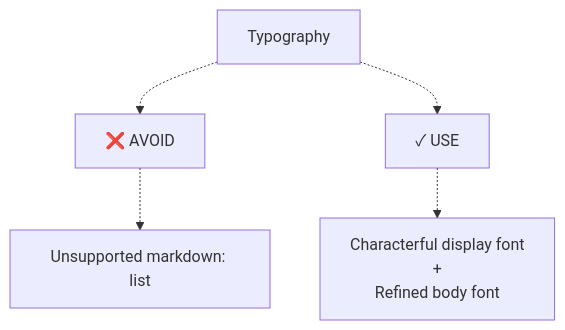
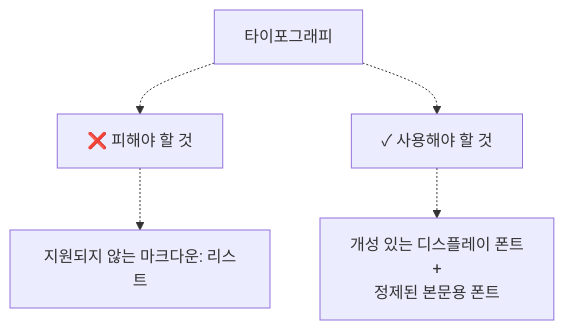
Before and after one commit to felipetruman/oh-my-opencode-docs: the fourth of 7 diagrams in docs/agents/frontend-ui-ux-engineer.md, drawn with Mermaid. The commit also changed other lines of this file and 76 other files, not shown here.

````diff
--- a/docs/agents/frontend-ui-ux-engineer.md
+++ b/docs/agents/frontend-ui-ux-engineer.md
@@ -247,14 +247,14 @@
 ```mermaid
 flowchart TD
 
-Typography["Typography"]
-Avoid["❌ AVOID"]
-Avoid_List["Unsupported markdown: list"]
-Use["✓ USE"]
-Use_List["Characterful display font<br>+<br>Refined body font"]
+Typography["타이포그래피"]
+Avoid["❌ 피해야 할 것"]
+Avoid_List["지원되지 않는 마크다운: 리스트"]
+Use["✓ 사용해야 할 것"]
+Use_List["개성 있는 디스플레이 폰트<br>+<br>정제된 본문용 폰트"]
 
 Typography -.-> Avoid
 Typography -.-> Use
 Avoid -.-> Avoid_List
 Use -.-> Use_List
 ```
````
